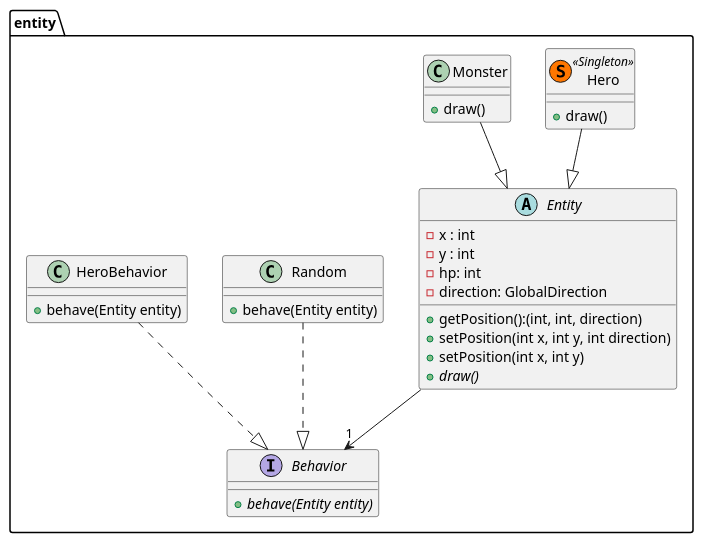
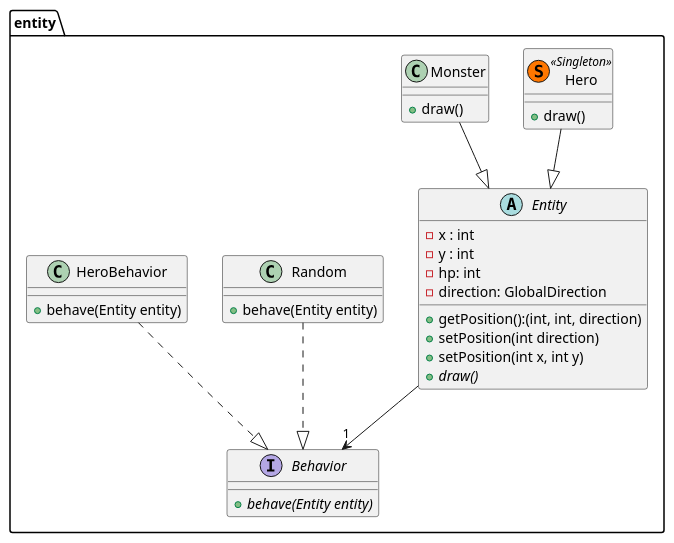
One commit to Reynault/ACL_2019_Zelpop changed the diagram in doc/first_sprint/diagrams/class/character.puml. Above: the diagram before and after it, drawn with PlantUML. The commit also changed 4 other files, not shown here.

Commit message:
First Sprint : Update diagrams

```diff
--- a/doc/first_sprint/diagrams/class/character.puml
+++ b/doc/first_sprint/diagrams/class/character.puml
@@ -1,44 +1,44 @@
 @startuml
 
 package entity{
 
     abstract Entity{
         - x : int
         - y : int
         - hp: int
         - direction: GlobalDirection
         + getPosition():(int, int, direction)
-        + setPosition(int x, int y, int direction)
+        + setPosition(int direction)
         + setPosition(int x, int y)
         + {abstract} draw()
     }
 
     class Hero << (S,#FF7700) Singleton >>{
         + draw()
     }
 
     class Monster{
         + draw()
     }
 
     interface Behavior{
         + {abstract} behave(Entity entity)
     }
 
     class Random{
         + behave(Entity entity)
     }
 
     class HeroBehavior{
         + behave(Entity entity)
     }
 
 }
 
 Hero --|> Entity
 Monster --|> Entity
 Entity --> "1" Behavior
 HeroBehavior ..|> Behavior
 Random ..|> Behavior
 
 @enduml
```
